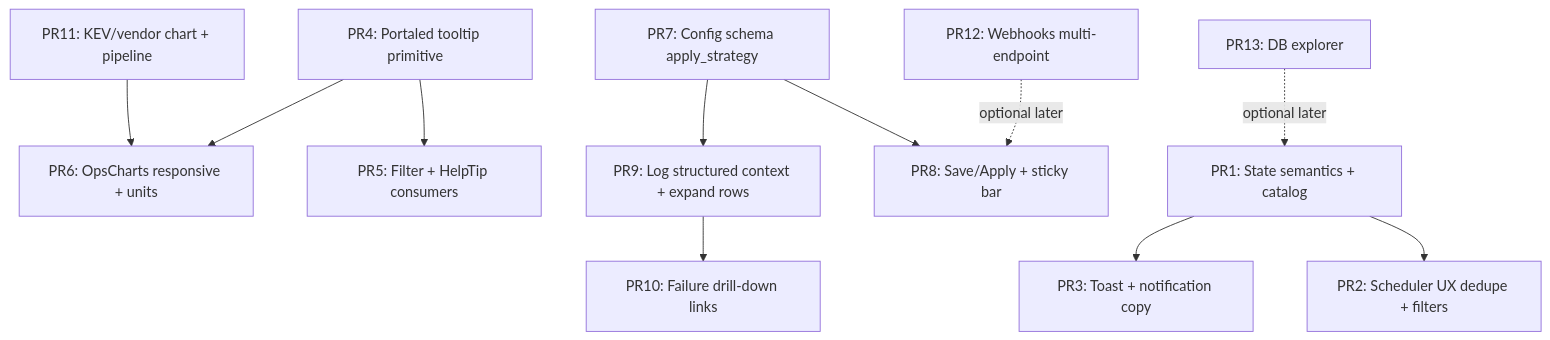
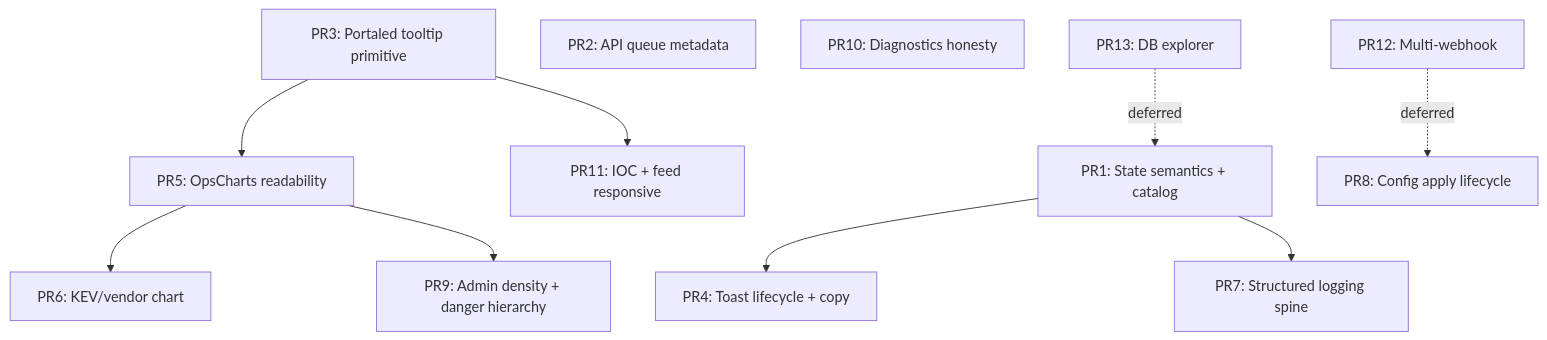
One commit to Soldier0x0/briefr changed the diagram in docs/planning/BRIEFR_VISUAL_OPERATIONAL_UX_AUDIT.md. Above: the diagram before and after it, drawn with Mermaid. The commit also changed other lines of this file and 1 other file, not shown here.

````diff
--- a/docs/planning/BRIEFR_VISUAL_OPERATIONAL_UX_AUDIT.md
+++ b/docs/planning/BRIEFR_VISUAL_OPERATIONAL_UX_AUDIT.md
@@ -588,13 +588,23 @@
 ```mermaid
 flowchart TD
-  A[PR1: State semantics + catalog] --> B[PR2: Scheduler UX dedupe + filters]
-  A --> C[PR3: Toast + notification copy]
-  D[PR4: Portaled tooltip primitive] --> E[PR5: Filter + HelpTip consumers]
-  D --> F[PR6: OpsCharts responsive + units]
-  G[PR7: Config schema apply_strategy] --> H[PR8: Save/Apply + sticky bar]
-  I[PR9: Log structured context + expand rows] --> J[PR10: Failure drill-down links]
-  G --> I
-  K[PR11: KEV/vendor chart + pipeline] --> F
-  L[PR12: Webhooks multi-endpoint] -.optional later.-> H
-  M[PR13: DB explorer] -.optional later.-> A
+  A[PR1: State semantics + catalog]
+  D[PR3: Portaled tooltip primitive]
+  C[PR4: Toast lifecycle + copy]
+  B[PR2: API queue metadata]
+  J[PR10: Diagnostics honesty]
+  I[PR7: Structured logging spine]
+  E[PR5: OpsCharts readability]
+  F[PR6: KEV/vendor chart]
+  H[PR9: Admin density + danger hierarchy]
+  K[PR11: IOC + feed responsive]
+  G[PR8: Config apply lifecycle]
+  L[PR12: Multi-webhook] -.deferred.-> G
+  M[PR13: DB explorer] -.deferred.-> A
+
+  A --> C
+  A --> I
+  D --> E
+  D --> K
+  E --> F
+  E --> H
 ```
````
